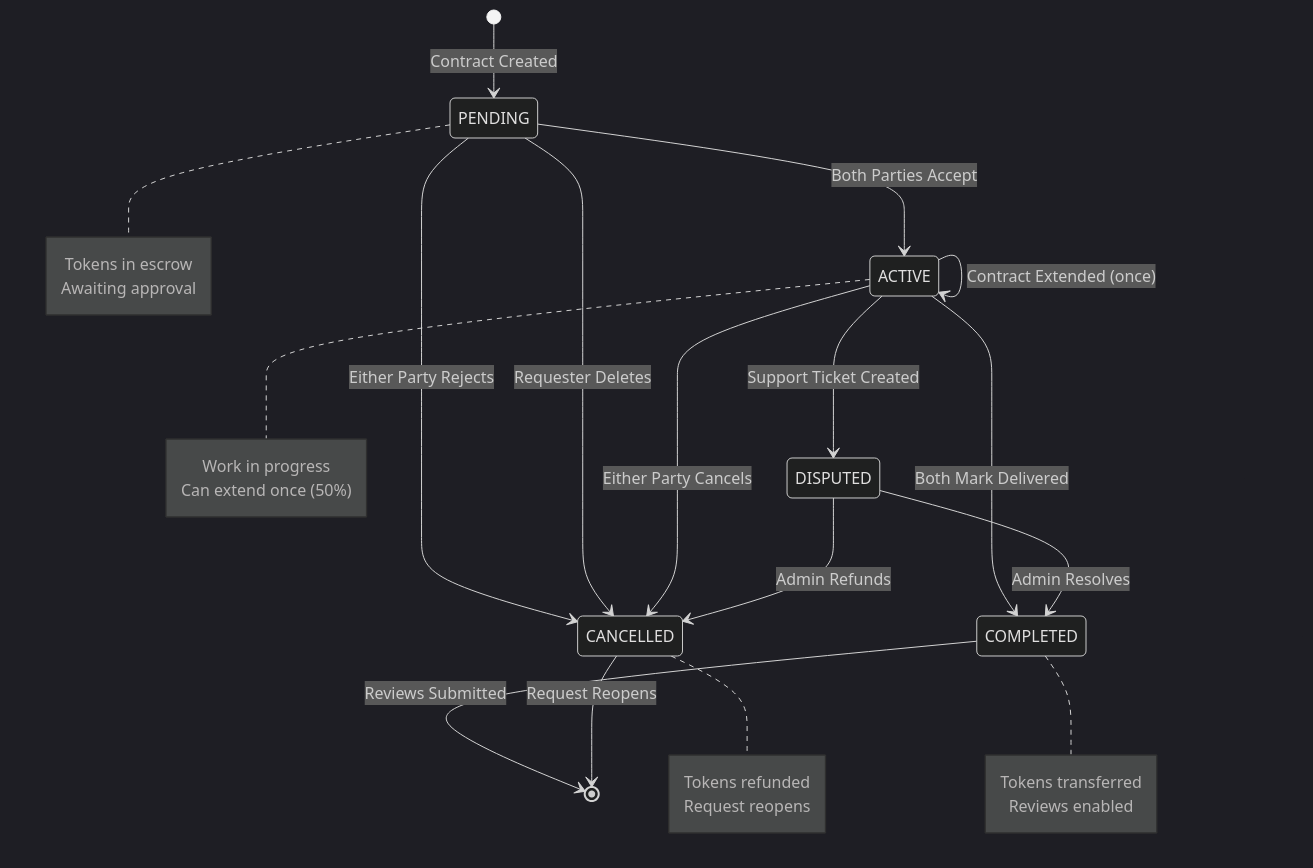
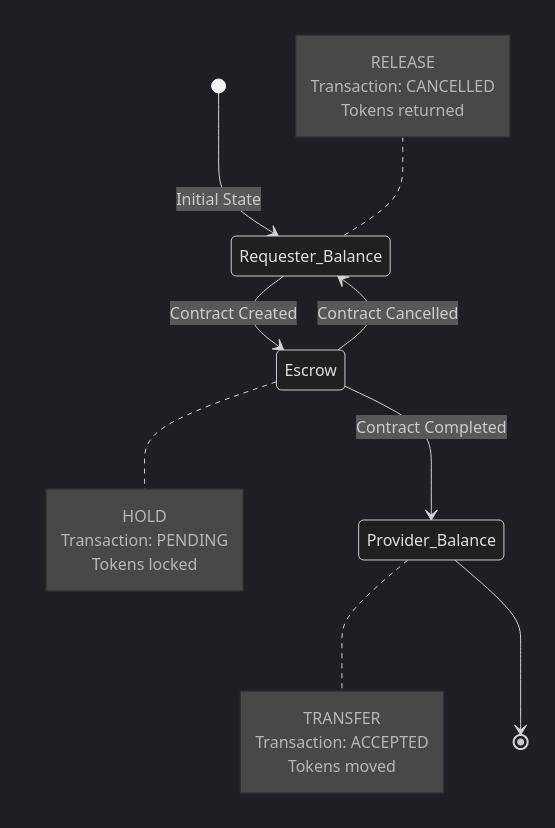
One commit to ibrasaad/checking-Readme changed the fourth of 4 diagrams in README.md. Above: the diagram before and after it, drawn with Mermaid (dark theme). The commit also changed other lines of this file, not shown here.

````diff
--- a/README.md
+++ b/README.md
@@ -510,39 +269,27 @@
 ```mermaid
 stateDiagram-v2
-    [*] --> PENDING: Contract Created
+    [*] --> Requester_Balance: Initial State
     
-    PENDING --> ACTIVE: Both Parties Accept
-    PENDING --> CANCELLED: Either Party Rejects
-    PENDING --> CANCELLED: Requester Deletes
-    
-    ACTIVE --> COMPLETED: Both Mark Delivered
-    ACTIVE --> CANCELLED: Either Party Cancels
-    ACTIVE --> DISPUTED: Support Ticket Created
-    ACTIVE --> ACTIVE: Contract Extended (once)
-    
-    DISPUTED --> CANCELLED: Admin Refunds
-    DISPUTED --> COMPLETED: Admin Resolves
-    
-    COMPLETED --> [*]: Reviews Submitted
-    CANCELLED --> [*]: Request Reopens
-    
-    note right of PENDING
-        Tokens in escrow
-        Awaiting approval
+    Requester_Balance --> Escrow: Contract Created
+    note right of Escrow
+        HOLD
+        Transaction: PENDING
+        Tokens locked
     end note
     
-    note right of ACTIVE
-        Work in progress
-        Can extend once (50%)
+    Escrow --> Provider_Balance: Contract Completed
+    note right of Provider_Balance
+        TRANSFER
+        Transaction: ACCEPTED
+        Tokens moved
     end note
     
-    note right of COMPLETED
-        Tokens transferred
-        Reviews enabled
+    Escrow --> Requester_Balance: Contract Cancelled
+    note left of Requester_Balance
+        RELEASE
+        Transaction: CANCELLED
+        Tokens returned
     end note
     
-    note right of CANCELLED
-        Tokens refunded
-        Request reopens
-    end note
+    Provider_Balance --> [*]
 ```
````
